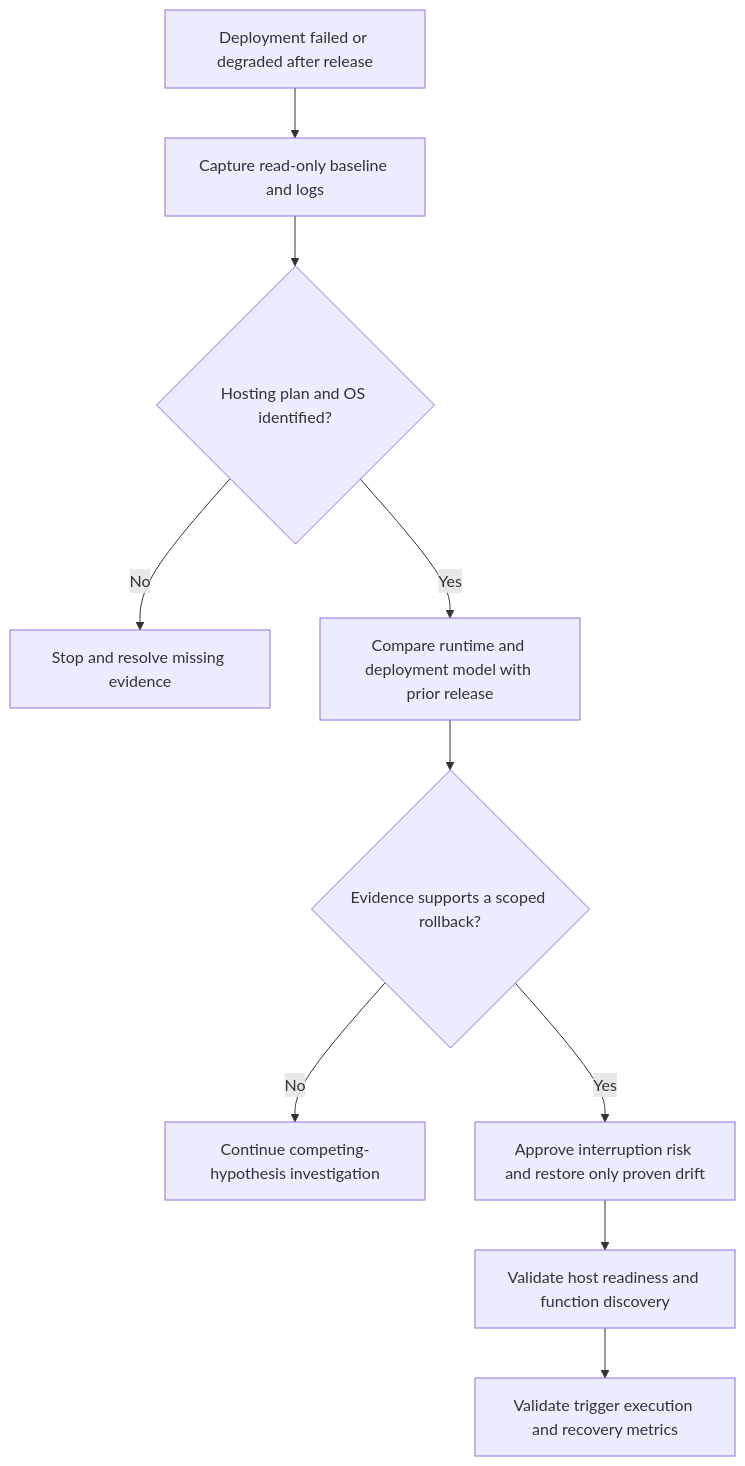
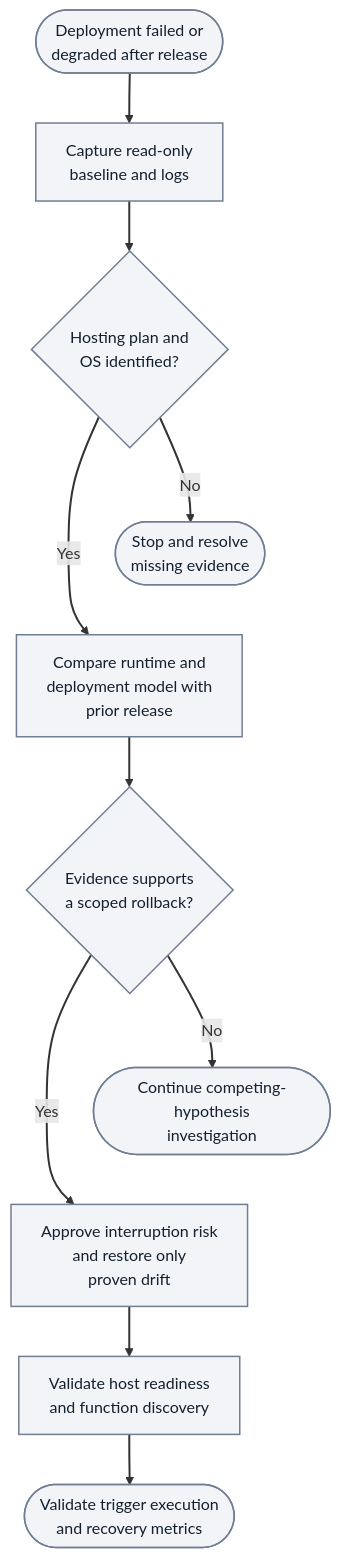
The diagram in docs/troubleshooting/playbooks/deployment-failures.md (yeongseon/azure-functions-practical-guide), drawn with Mermaid before and after one commit. The commit also changed other lines of this file and 1 other file, not shown here.

Commit message:
docs(diagrams): migrate Function deployment failure troubleshooting flow (#436)
* docs(diagrams): migrate deployment failure triage flow

Wrap the existing labels and tier both decision branches for readable mobile
triage. Preserve every outcome, add accessible metadata and a reading key,
and refresh only the owned inventory record.

Refs #267

* docs(diagrams): clarify either missing deployment prerequisite stops triage

Apply the independent review's exact accessible-description correction so
either unknown prerequisite takes the missing-evidence stop branch.
Refresh only the owned inventory record and retain all diagram relationships.

Refs #267

---------

````diff
--- a/docs/troubleshooting/playbooks/deployment-failures.md
+++ b/docs/troubleshooting/playbooks/deployment-failures.md
@@ -55,12 +55,20 @@
 ```mermaid
 flowchart TD
-    A[Deployment failed or degraded after release] --> B[Capture read-only baseline and logs]
-    B --> C{Hosting plan and OS identified?}
-    C -->|No| D[Stop and resolve missing evidence]
-    C -->|Yes| E[Compare runtime and deployment model with prior release]
-    E --> F{Evidence supports a scoped rollback?}
-    F -->|No| G[Continue competing-hypothesis investigation]
-    F -->|Yes| H[Approve interruption risk and restore only proven drift]
-    H --> I[Validate host readiness and function discovery]
-    I --> J[Validate trigger execution and recovery metrics]
+    accTitle: Deployment failure triage and scoped recovery
+    accDescr: Illustrative decision flow, not an executed incident. Capture a read-only baseline and logs. If either the hosting plan or OS is unknown, stop and resolve missing evidence; otherwise compare runtime and deployment model with the prior release. If evidence does not support a scoped rollback, continue competing-hypothesis investigation; otherwise approve interruption risk and restore only proven drift, then validate host readiness, function discovery, trigger execution and recovery metrics.
+    A(["Deployment failed or<br/>degraded after release"]) --> B["Capture read-only<br/>baseline and logs"]
+    B --> C{"Hosting plan and<br/>OS identified?"}
+    C -->|No| D(["Stop and resolve<br/>missing evidence"])
+    C -->|Yes| E["Compare runtime and<br/>deployment model with<br/>prior release"]
+    E --> F{"Evidence supports<br/>a scoped rollback?"}
+    F -->|No| G(["Continue competing-hypothesis<br/>investigation"])
+    F -->|Yes| H["Approve interruption risk<br/>and restore only<br/>proven drift"]
+    H --> I["Validate host readiness<br/>and function discovery"]
+    I --> J(["Validate trigger execution<br/>and recovery metrics"])
+    %% Layout-only links tier the branches; they add no diagnostic steps or arrows.
+    D ~~~ E
+    G ~~~ H
+    classDef neutral fill:#f2f4f8,stroke:#707e93,stroke-width:1.5px,color:#14202e;
+    class A,B,C,D,E,F,G,H,I,J neutral;
+    linkStyle default stroke-width:2px;
 ```
````
